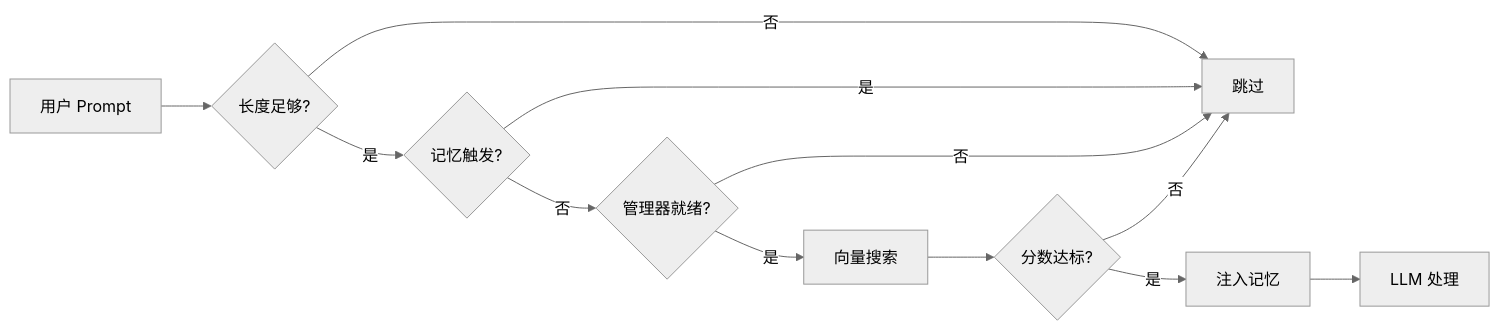
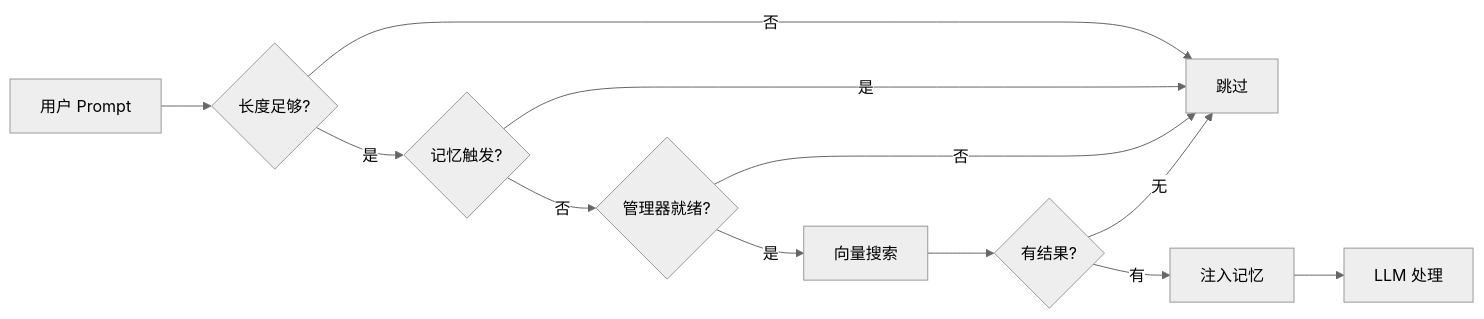
Before and after one commit to aloong-planet/openclaw-memory-core-plus: the first of 2 diagrams in README.zh-CN.md, drawn with Mermaid (neutral theme). The commit also changed other lines of this file and 6 other files, not shown here.

````diff
--- a/README.zh-CN.md
+++ b/README.zh-CN.md
@@ -77,14 +77,14 @@
 ```mermaid
 flowchart LR
     A[用户 Prompt] --> B{长度足够?}
     B -- 否 --> X[跳过]
     B -- 是 --> C{记忆触发?}
     C -- 是 --> X
     C -- 否 --> D{管理器就绪?}
     D -- 否 --> X
     D -- 是 --> E[向量搜索]
-    E --> F{分数达标?}
-    F -- 否 --> X
-    F -- 是 --> G[注入记忆]
+    E --> F{有结果?}
+    F -- 无 --> X
+    F -- 有 --> G[注入记忆]
     G --> H[LLM 处理]
 ```
````
